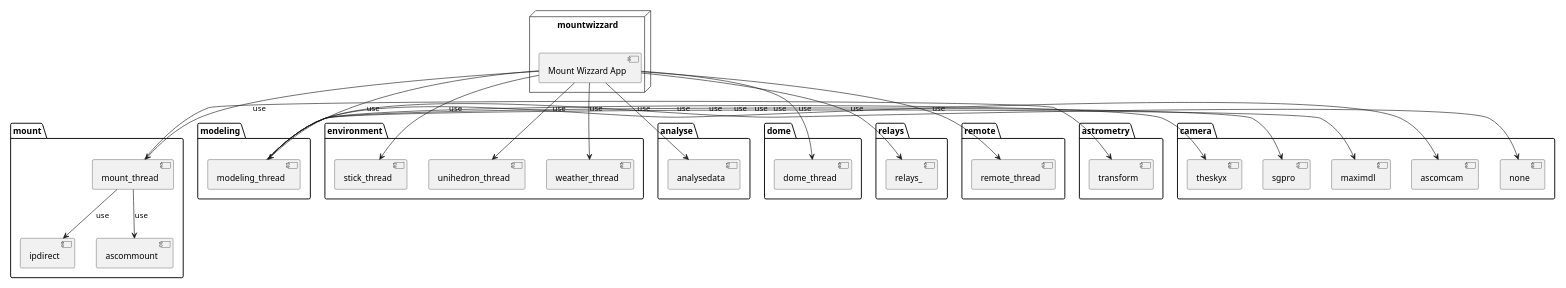
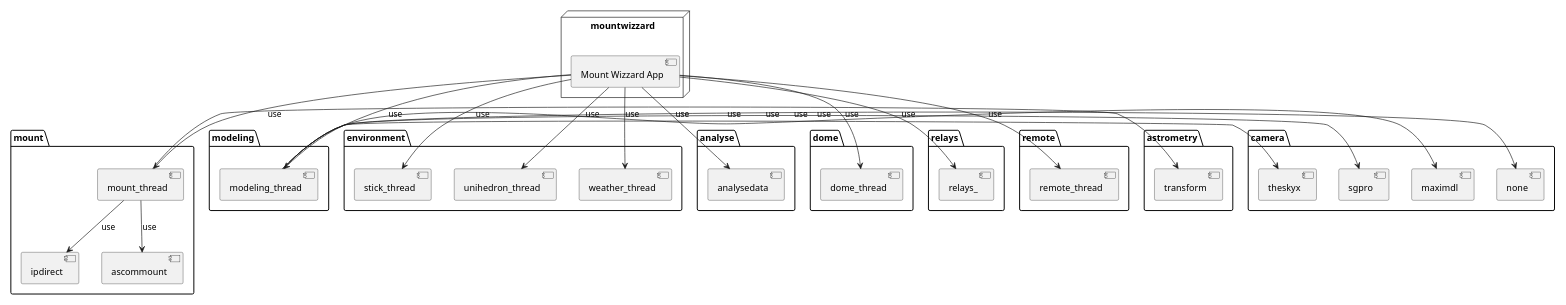
One commit to sayitfast/MountWizzard3 changed the diagram in uml/architecture_func.puml. Above: the diagram before and after it, drawn with PlantUML. The commit also changed 4 other files, not shown here.

```diff
--- a/uml/architecture_func.puml
+++ b/uml/architecture_func.puml
@@ -1,73 +1,71 @@
 @startuml
 
 scale max 1536 width
 hide stereotype
 
 node "mountwizzard" {
     [Mount Wizzard App]
 }
 
 package "mount" {
     [mount_thread] --> [ipdirect] : use
     [mount_thread] --> [ascommount] : use
 }
 
 package "astrometry" {
     [transform]
 }
 
 package "modeling" {
     [modeling_thread]
 }
 
 package "environment" {
     [stick_thread]
     [unihedron_thread]
     [weather_thread]
 }
 
 package "camera" {
     [none]
-    [ascomcam]
     [maximdl]
     [sgpro]
     [theskyx]
 }
 
 package "analyse" {
     [analysedata]
 }
 
 package "dome" {
     [dome_thread]
 }
 
 package "relays" {
     [relays_]
 }
 
 package "remote" {
     [remote_thread]
 }
 
 [Mount Wizzard App] --> [mount_thread] : use
 [Mount Wizzard App] --> [stick_thread] : use
 [Mount Wizzard App] --> [weather_thread] : use
 [Mount Wizzard App] --> [unihedron_thread] : use
 [Mount Wizzard App] --> [modeling_thread] : use
 [Mount Wizzard App] --> [remote_thread] : use
 [Mount Wizzard App] --> [dome_thread] : use
 [Mount Wizzard App] --> [relays_] : use
 [Mount Wizzard App] --> [analysedata] : use
 
 [mount_thread] -> [transform]
 
 [modeling_thread] -> [none] : use
-[modeling_thread] -> [ascomcam] : use
 [modeling_thread] -> [maximdl] : use
 [modeling_thread] -> [sgpro] : use
 [modeling_thread] -> [theskyx] : use
 
 
 
 @enduml
```
